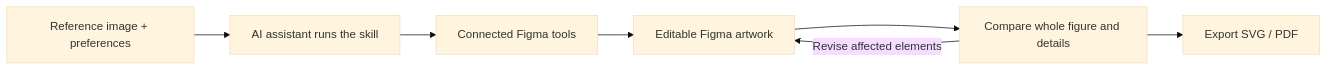
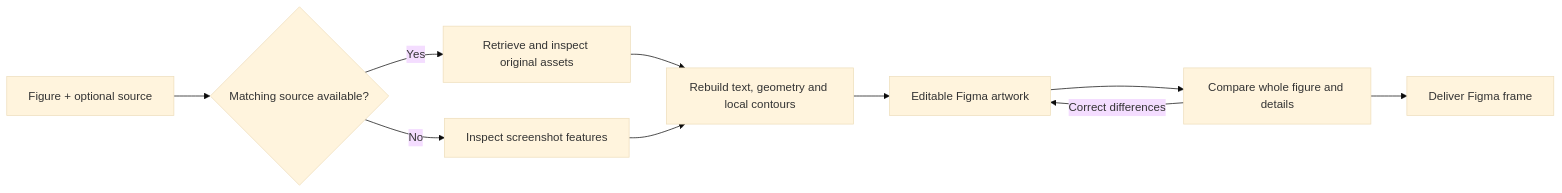
One commit to sidiangongyuan/paper-figure-to-figma changed the diagram in README.md. Above: the diagram before and after it, drawn with Mermaid (base theme). The commit also changed other lines of this file and 67 other files, not shown here.

Commit message:
Release V2 source-assisted and screenshot reconstruction workflows

````diff
--- a/README.md
+++ b/README.md
@@ -85,9 +88,12 @@
 ```mermaid
 flowchart LR
-    A[Reference image + preferences] --> B[AI assistant runs the skill]
-    B --> C[Connected Figma tools]
-    C --> D[Editable Figma artwork]
-    D --> E[Compare whole figure and details]
-    E -->|Revise affected elements| D
-    E --> F[Export SVG / PDF]
+    A[Figure + optional source] --> B{Matching source available?}
+    B -->|Yes| C[Retrieve and inspect original assets]
+    B -->|No| D[Inspect screenshot features]
+    C --> E[Rebuild text, geometry and local contours]
+    D --> E
+    E --> F[Editable Figma artwork]
+    F --> G[Compare whole figure and details]
+    G -->|Correct differences| F
+    G --> H[Deliver Figma frame]
 ```
````
